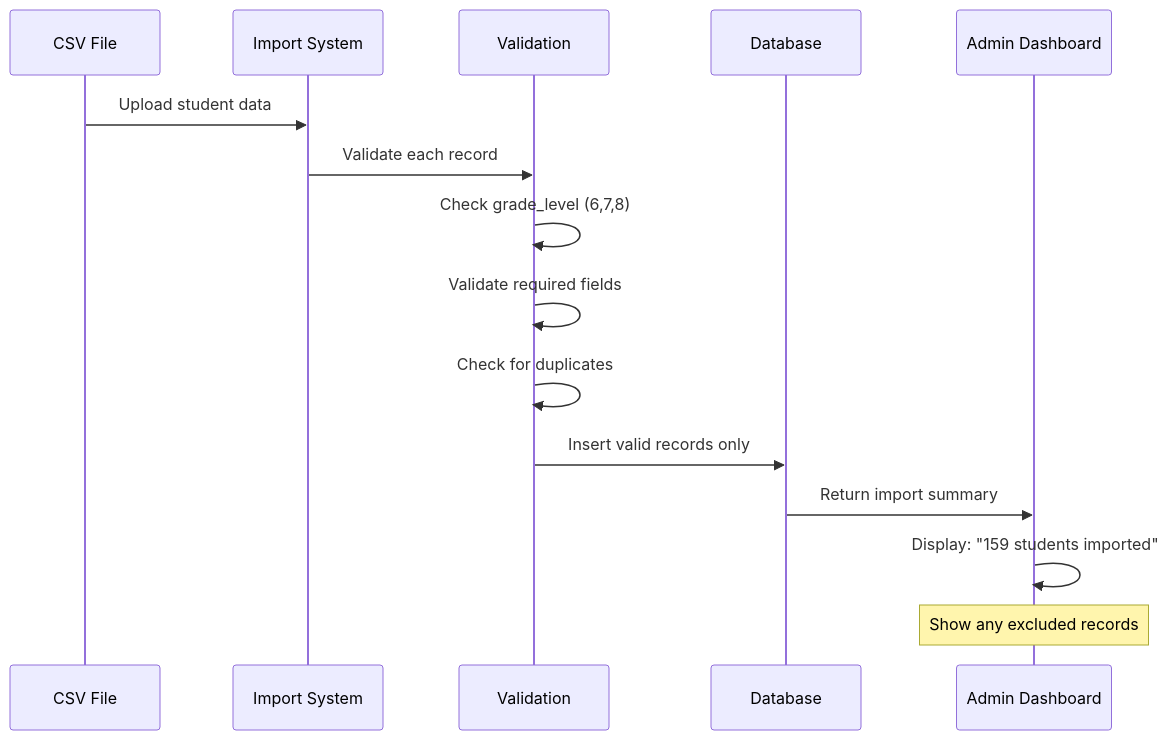
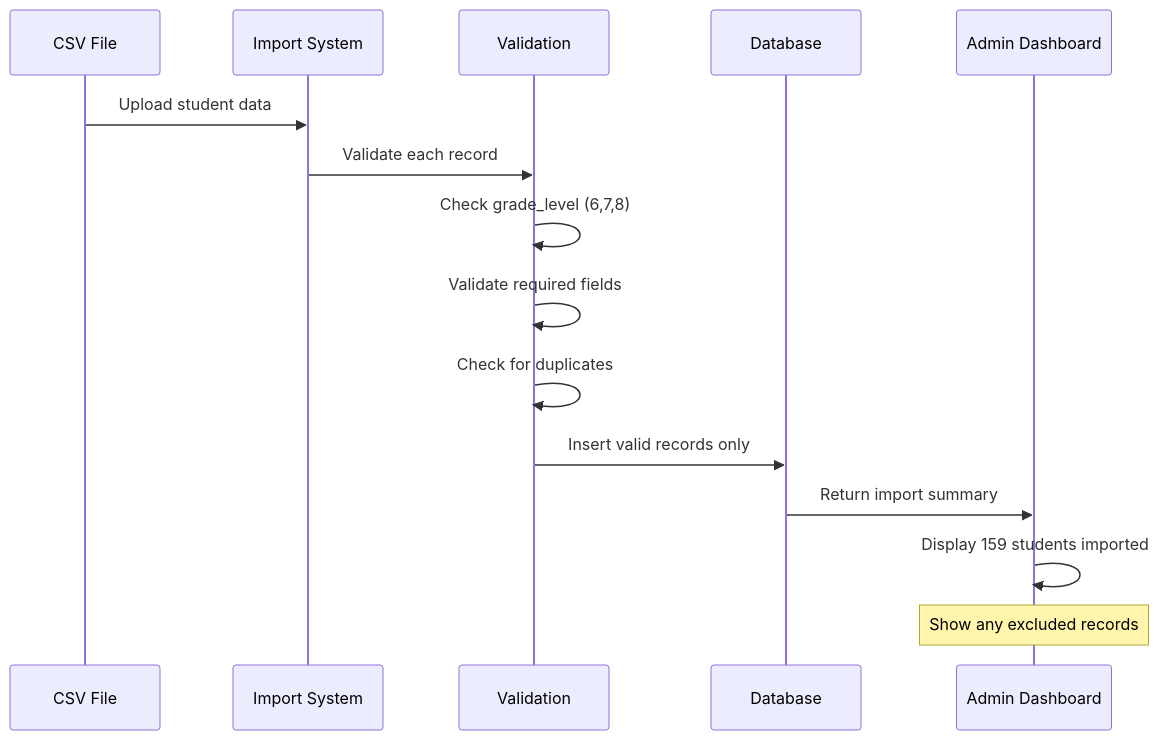
Before and after one commit to Splurfa/bx-os: the sixth of 6 diagrams in Docs/Flowcharts/Sprint-02-Targets/08-middle-school-filtering.md, drawn with Mermaid. The commit also changed other lines of this file and 9 other files, not shown here.

First line of the commit message:
Fix Mermaid syntax errors

````diff
--- a/Docs/Flowcharts/Sprint-02-Targets/08-middle-school-filtering.md
+++ b/Docs/Flowcharts/Sprint-02-Targets/08-middle-school-filtering.md
@@ -160,18 +160,18 @@
 ```mermaid
 sequenceDiagram
     participant CSV as CSV File
     participant I as Import System
     participant V as Validation
     participant DB as Database
     participant A as Admin Dashboard
 
     CSV->>I: Upload student data
     I->>V: Validate each record
     V->>V: Check grade_level (6,7,8)
     V->>V: Validate required fields
     V->>V: Check for duplicates
     V->>DB: Insert valid records only
     DB->>A: Return import summary
-    A->>A: Display: "159 students imported"
+    A->>A: Display 159 students imported
     Note over A: Show any excluded records
 ```
````
